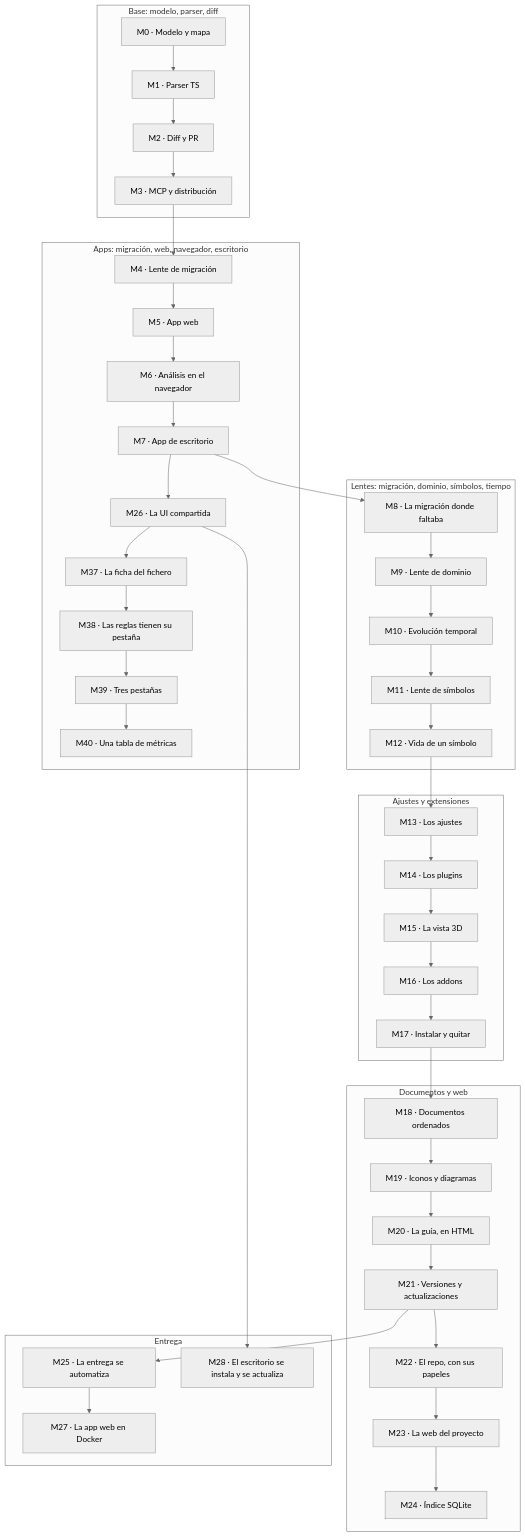
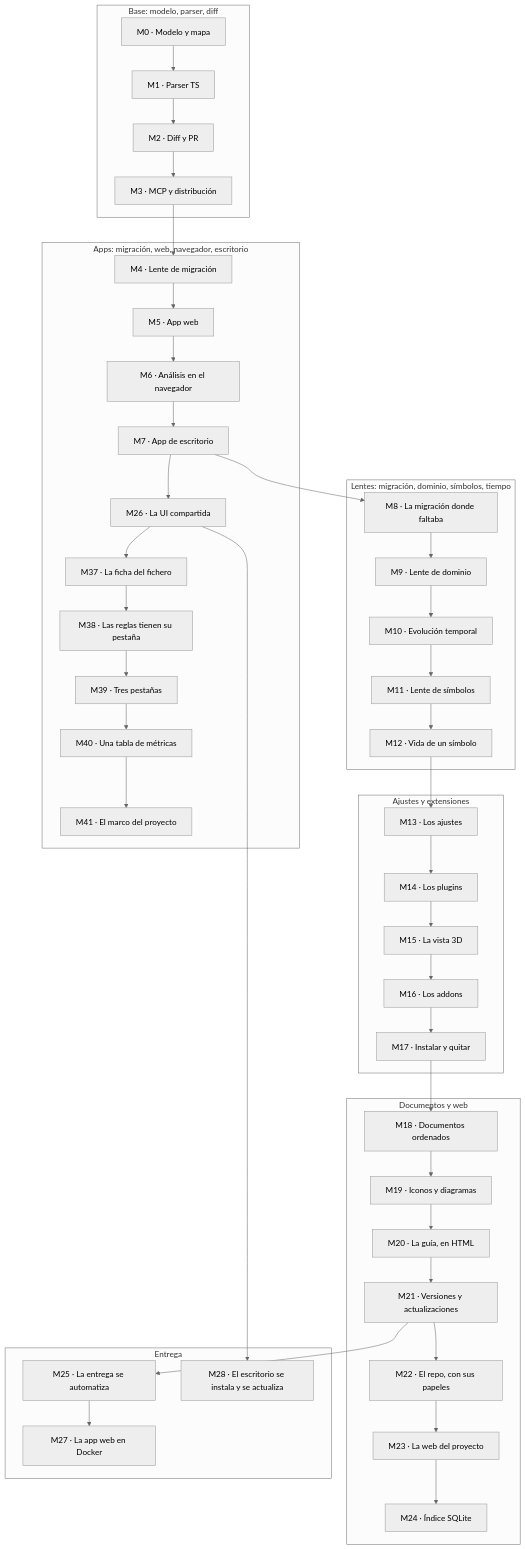
One commit to jaminsmoke/codarch changed the diagram in apps/site/docs/adr/roadmap.md. Above: the diagram before and after it, drawn with Mermaid (neutral theme). The commit also changed other lines of this file and 4 other files, not shown here.

````diff
--- a/apps/site/docs/adr/roadmap.md
+++ b/apps/site/docs/adr/roadmap.md
@@ -38,48 +38,49 @@
 ```mermaid
 flowchart TD
   subgraph base["Base: modelo, parser, diff"]
     M0["M0 · Modelo y mapa"] --> M1["M1 · Parser TS"]
     M1 --> M2["M2 · Diff y PR"]
     M2 --> M3["M3 · MCP y distribución"]
   end
   subgraph apps["Apps: migración, web, navegador, escritorio"]
     M4["M4 · Lente de migración"] --> M5["M5 · App web"]
     M5 --> M6["M6 · Análisis en el navegador"]
     M6 --> M7["M7 · App de escritorio"]
     M7 --> M26["M26 · La UI compartida"]
     M26 --> M37["M37 · La ficha del fichero"]
     M37 --> M38["M38 · Las reglas tienen su pestaña"]
     M38 --> M39["M39 · Tres pestañas"]
     M39 --> M40["M40 · Una tabla de métricas"]
+    M40 --> M41["M41 · El marco del proyecto"]
   end
   subgraph lentes["Lentes: migración, dominio, símbolos, tiempo"]
     M8["M8 · La migración donde faltaba"] --> M9["M9 · Lente de dominio"]
     M9 --> M10["M10 · Evolución temporal"]
     M10 --> M11["M11 · Lente de símbolos"]
     M11 --> M12["M12 · Vida de un símbolo"]
   end
   subgraph ext["Ajustes y extensiones"]
     M13["M13 · Los ajustes"] --> M14["M14 · Los plugins"]
     M14 --> M15["M15 · La vista 3D"]
     M15 --> M16["M16 · Los addons"]
     M16 --> M17["M17 · Instalar y quitar"]
   end
   subgraph docs["Documentos y web"]
     M18["M18 · Documentos ordenados"] --> M19["M19 · Iconos y diagramas"]
     M19 --> M20["M20 · La guía, en HTML"]
     M20 --> M21["M21 · Versiones y actualizaciones"]
     M21 --> M22["M22 · El repo, con sus papeles"]
     M22 --> M23["M23 · La web del proyecto"]
     M23 --> M24["M24 · Índice SQLite"]
   end
   subgraph delivery["Entrega"]
     M25["M25 · La entrega se automatiza"]
     M25 --> M27["M27 · La app web en Docker"]
     M26 --> M28["M28 · El escritorio se instala y se actualiza"]
   end
   M3 --> M4
   M7 --> M8
   M12 --> M13
   M17 --> M18
   M21 --> M25
 ```
````
